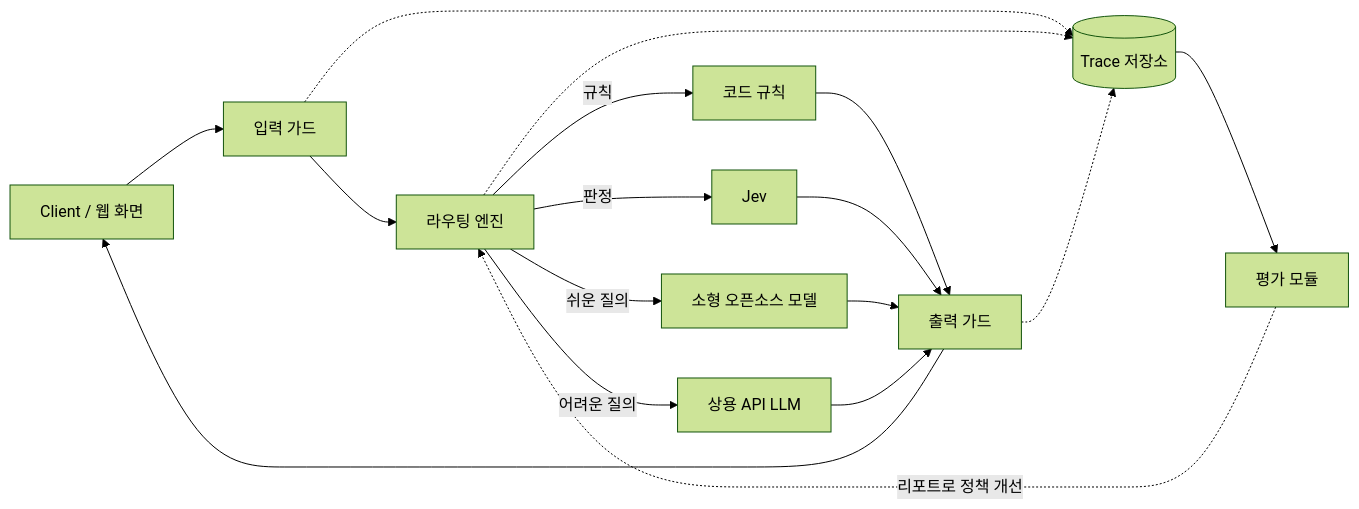
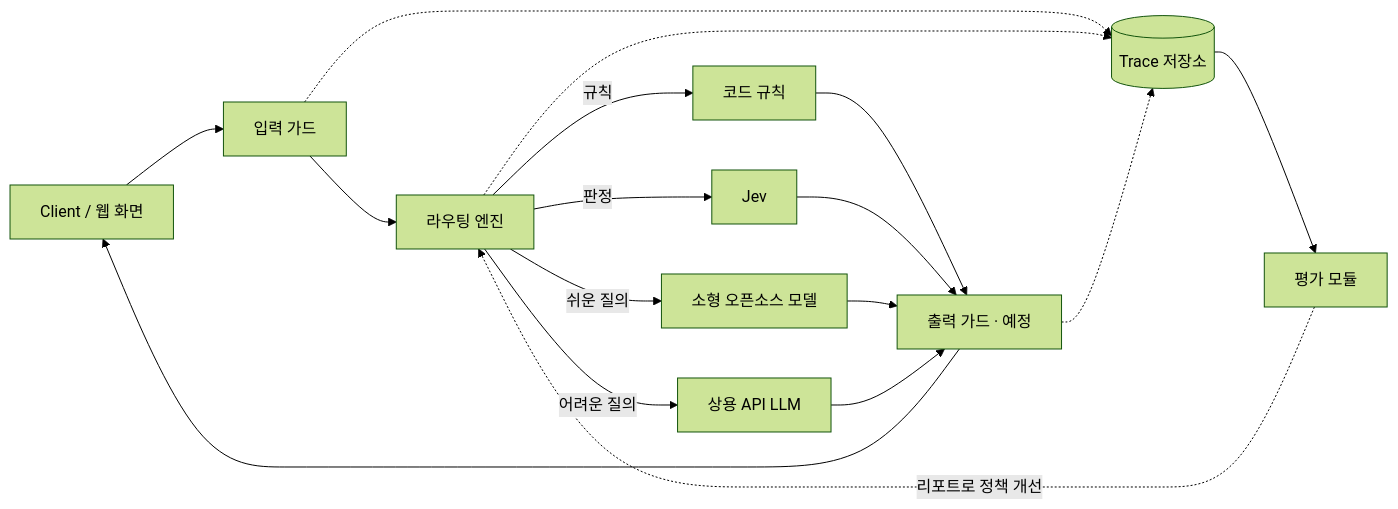
Before and after one commit to rspstat/LLMOps: the diagram in README.md, drawn with Mermaid (forest theme). The commit also changed other lines of this file and 7 other files, not shown here.

````diff
--- a/README.md
+++ b/README.md
@@ -106,14 +74,14 @@
 ```mermaid
 flowchart LR
     C[Client / 웹 화면] --> IG[입력 가드]
     IG --> R[라우팅 엔진]
     R -->|규칙| X1[코드 규칙]
     R -->|판정| X2[Jev]
     R -->|쉬운 질의| X3[소형 오픈소스 모델]
     R -->|어려운 질의| X4[상용 API LLM]
-    X1 & X2 & X3 & X4 --> OG[출력 가드]
+    X1 & X2 & X3 & X4 --> OG[출력 가드 · 예정]
     OG --> C
     IG & R & OG -.-> T[(Trace 저장소)]
     T --> E[평가 모듈]
     E -.->|리포트로 정책 개선| R
 ```
````
